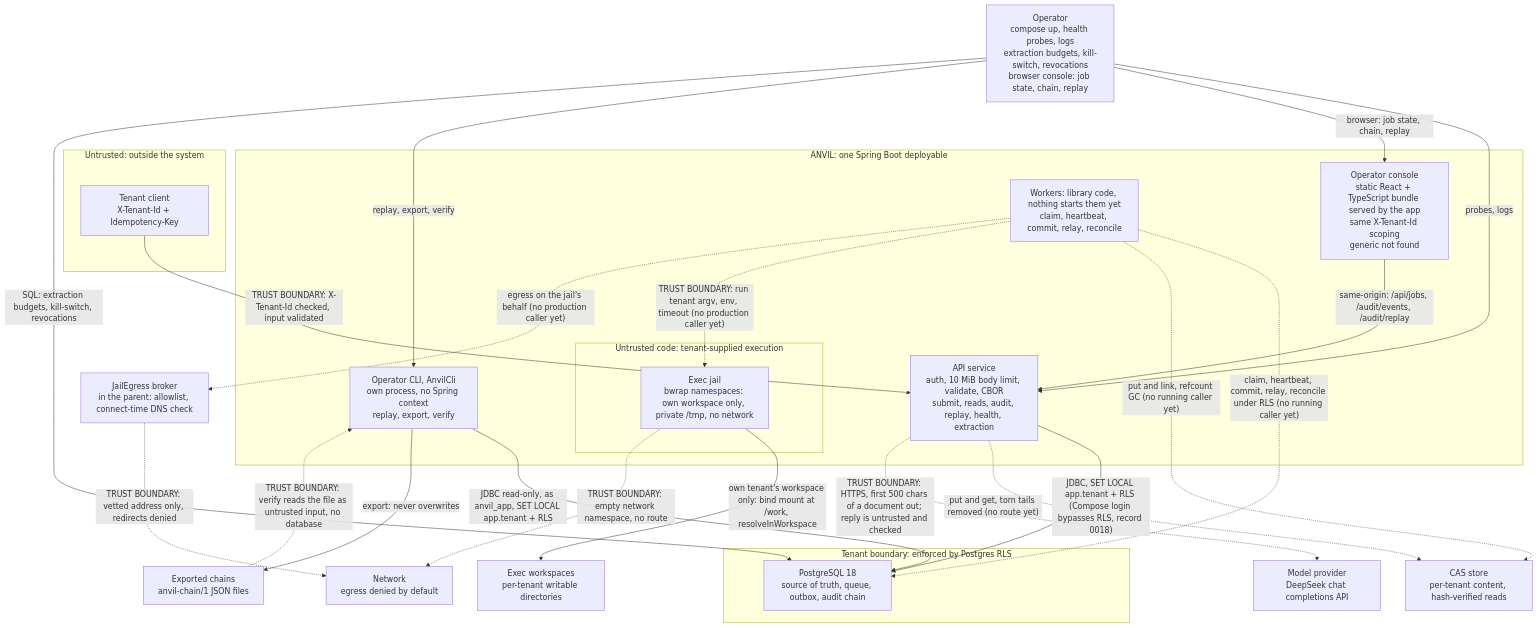
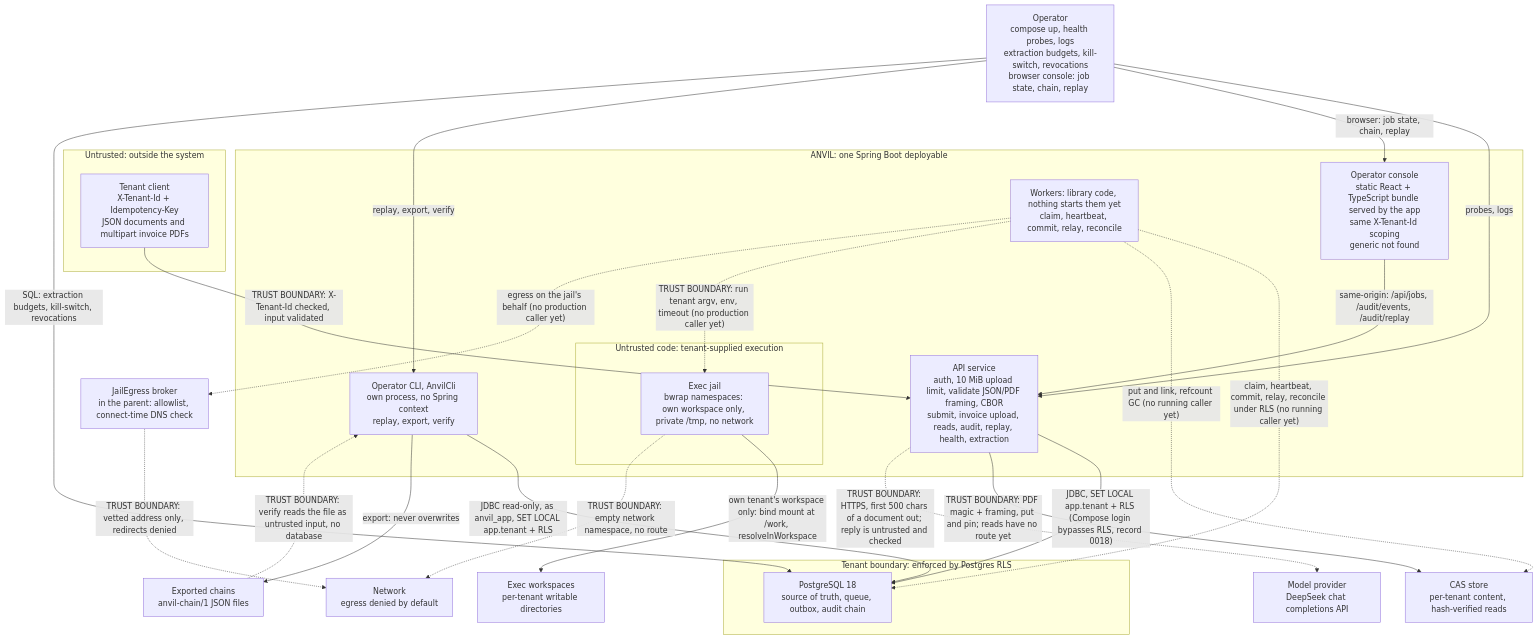
One commit to G1DO/anvil changed the diagram in docs/architecture/containers.mmd. Above: the diagram before and after it, drawn with Mermaid. The commit also changed 15 other files, not shown here.

First line of the commit message:
Accept multipart invoice PDF uploads

```diff
--- a/docs/architecture/containers.mmd
+++ b/docs/architecture/containers.mmd
@@ -1,42 +1,42 @@
 flowchart TB
     subgraph untrusted["Untrusted: outside the system"]
-        tenantClient["Tenant client<br/>X-Tenant-Id + Idempotency-Key"]
+        tenantClient["Tenant client<br/>X-Tenant-Id + Idempotency-Key<br/>JSON documents and multipart invoice PDFs"]
     end
     operator["Operator<br/>compose up, health probes, logs<br/>extraction budgets, kill-switch, revocations<br/>browser console: job state, chain, replay"]
     subgraph anvil["ANVIL: one Spring Boot deployable"]
-        api["API service<br/>auth, 10 MiB body limit, validate, CBOR<br/>submit, reads, audit, replay, health, extraction"]
+        api["API service<br/>auth, 10 MiB upload limit, validate JSON/PDF framing, CBOR<br/>submit, invoice upload, reads, audit, replay, health, extraction"]
         console["Operator console<br/>static React + TypeScript bundle served by the app<br/>same X-Tenant-Id scoping<br/>generic not found"]
         workers["Workers: library code, nothing starts them yet<br/>claim, heartbeat, commit, relay, reconcile"]
         cli["Operator CLI, AnvilCli<br/>own process, no Spring context<br/>replay, export, verify"]
         subgraph jailZone["Untrusted code: tenant-supplied execution"]
             jail["Exec jail<br/>bwrap namespaces: own workspace only, private /tmp, no network"]
         end
     end
     subgraph tenantData["Tenant boundary: enforced by Postgres RLS"]
         postgres["PostgreSQL 18<br/>source of truth, queue, outbox, audit chain"]
     end
     casStore["CAS store<br/>per-tenant content, hash-verified reads"]
     execWorkspaces["Exec workspaces<br/>per-tenant writable directories"]
     network["Network<br/>egress denied by default"]
     llm["Model provider<br/>DeepSeek chat completions API"]
     exports["Exported chains<br/>anvil-chain/1 JSON files"]
     broker["JailEgress broker<br/>in the parent: allowlist, connect-time DNS check"]
     tenantClient -->|"TRUST BOUNDARY: X-Tenant-Id checked, input validated"| api
     operator -->|probes, logs| api
     operator -->|"browser: job state, chain, replay"| console
     console -->|"same-origin: /api/jobs, /audit/events, /audit/replay"| api
     operator -->|"replay, export, verify"| cli
     cli -->|"JDBC read-only, as anvil_app, SET LOCAL app.tenant + RLS"| postgres
     cli -->|"export: never overwrites"| exports
     exports -.->|"TRUST BOUNDARY: verify reads the file as untrusted input, no database"| cli
     operator -->|"SQL: extraction budgets, kill-switch, revocations"| postgres
     api -->|"JDBC, SET LOCAL app.tenant + RLS (Compose login bypasses RLS, record 0018)"| postgres
     workers -.->|"claim, heartbeat, commit, relay, reconcile under RLS (no running caller yet)"| postgres
-    api -.->|"put and get, torn tails removed (no route yet)"| casStore
+    api -->|"TRUST BOUNDARY: PDF magic + framing, put and pin; reads have no route yet"| casStore
     api -.->|"TRUST BOUNDARY: HTTPS, first 500 chars of a document out; reply is untrusted and checked"| llm
     workers -.->|"put and link, refcount GC (no running caller yet)"| casStore
     workers -.->|"TRUST BOUNDARY: run tenant argv, env, timeout (no production caller yet)"| jail
     jail -->|"own tenant's workspace only: bind mount at /work, resolveInWorkspace"| execWorkspaces
     jail -.->|"TRUST BOUNDARY: empty network namespace, no route"| network
     workers -.->|"egress on the jail's behalf (no production caller yet)"| broker
     broker -.->|"TRUST BOUNDARY: vetted address only, redirects denied"| network
```
